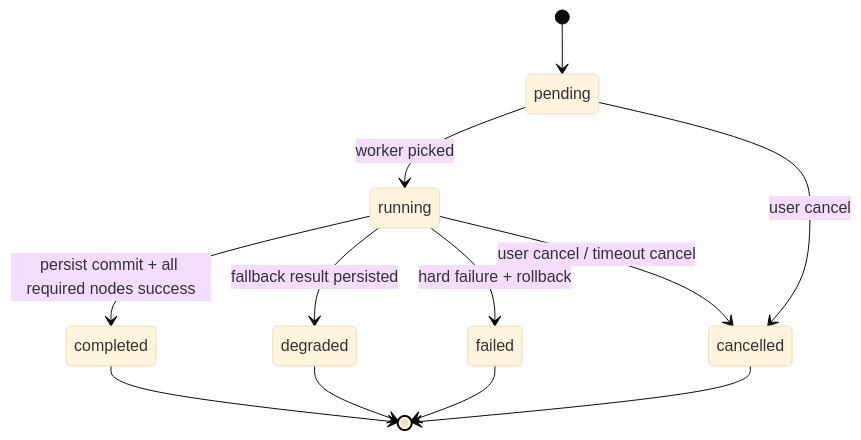
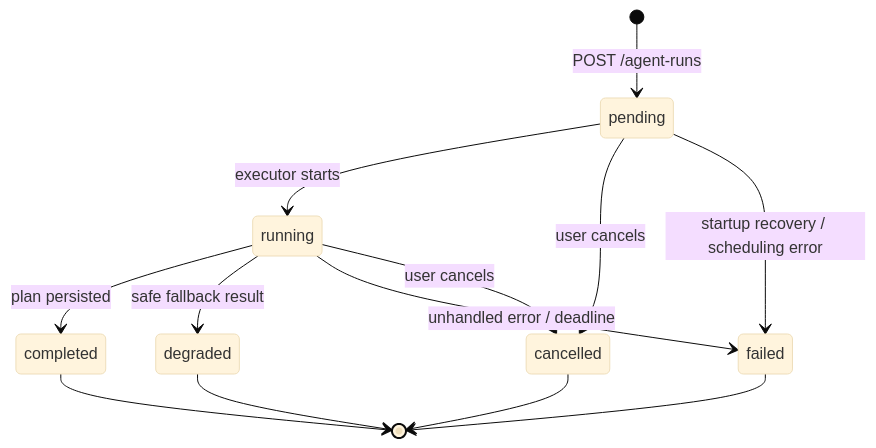
Before and after one commit to lyyjsr/career-planning-buddy: the diagram in docs/model-design/state-machines/run-status.mmd, drawn with Mermaid (base theme). The commit also changed other lines of this file and 155 other files, not shown here.

````diff
--- a/docs/model-design/state-machines/run-status.mmd
+++ b/docs/model-design/state-machines/run-status.mmd
@@ -3,14 +3,15 @@
 ```mermaid
 stateDiagram-v2
-    [*] --> pending
-    pending --> running: worker picked
-    pending --> cancelled: user cancel
-    running --> completed: persist commit + all required nodes success
-    running --> degraded: fallback result persisted
-    running --> failed: hard failure + rollback
-    running --> cancelled: user cancel / timeout cancel
+    [*] --> pending: POST /agent-runs
+    pending --> running: executor starts
+    pending --> cancelled: user cancels
+    pending --> failed: startup recovery / scheduling error
+    running --> completed: plan persisted
+    running --> degraded: safe fallback result
+    running --> failed: unhandled error / deadline
+    running --> cancelled: user cancels
     completed --> [*]
     degraded --> [*]
     failed --> [*]
     cancelled --> [*]
 ```
````
